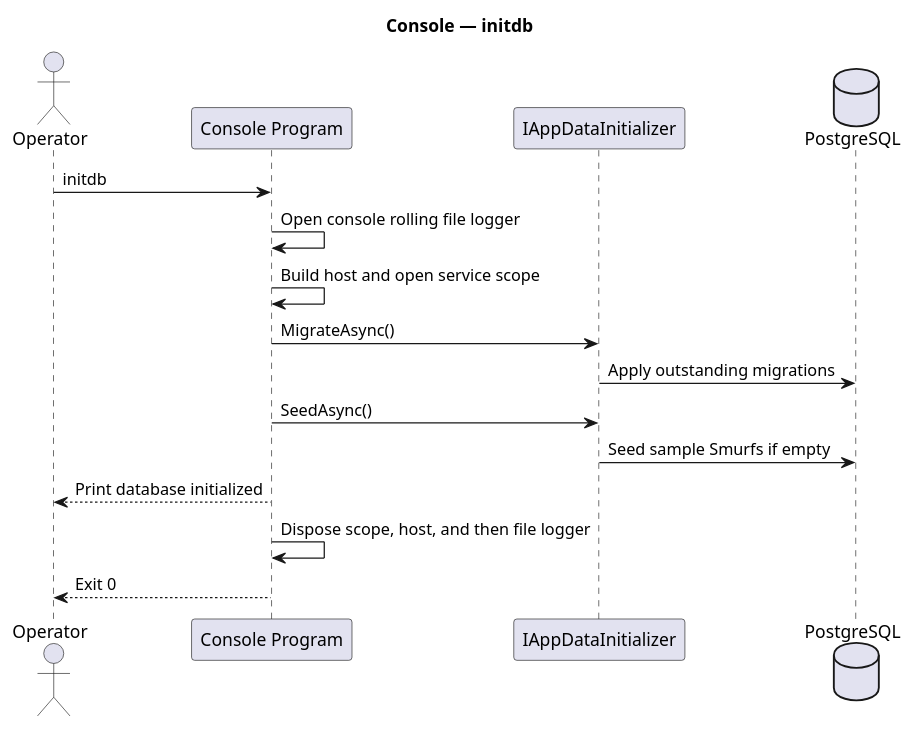
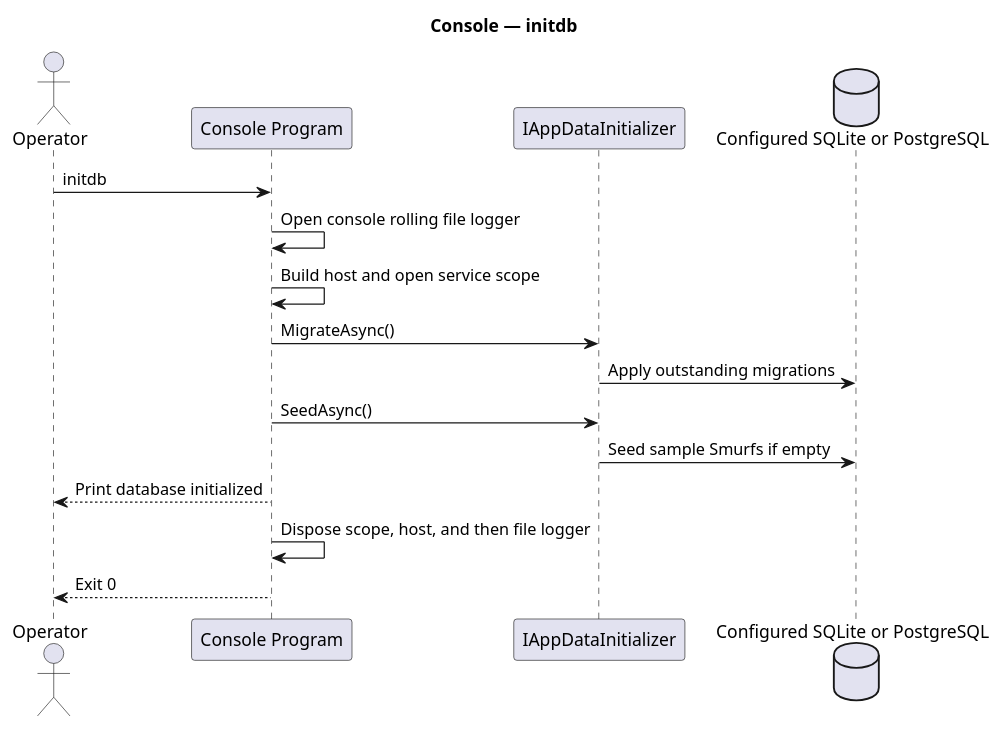
One commit to EbbeMeloSorensen/Smurfs changed the diagram in docs/behavioral/diagrams/console-initdb.puml. Above: the diagram before and after it, drawn with PlantUML. The commit also changed 10 other files, not shown here.

```diff
--- a/docs/behavioral/diagrams/console-initdb.puml
+++ b/docs/behavioral/diagrams/console-initdb.puml
@@ -1,18 +1,18 @@
 @startuml
 title Console — initdb
 actor Operator
 participant "Console Program" as CLI
 participant IAppDataInitializer as Setup
-database "PostgreSQL" as DB
+database "Configured SQLite or PostgreSQL" as DB
 
 Operator -> CLI : initdb
 CLI -> CLI : Open console rolling file logger
 CLI -> CLI : Build host and open service scope
 CLI -> Setup : MigrateAsync()
 Setup -> DB : Apply outstanding migrations
 CLI -> Setup : SeedAsync()
 Setup -> DB : Seed sample Smurfs if empty
 CLI --> Operator : Print database initialized
 CLI -> CLI : Dispose scope, host, and then file logger
 CLI --> Operator : Exit 0
 @enduml
```
